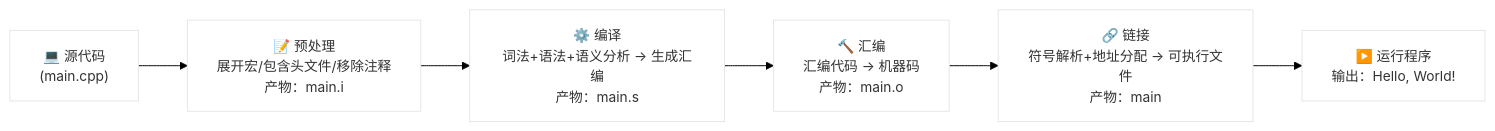
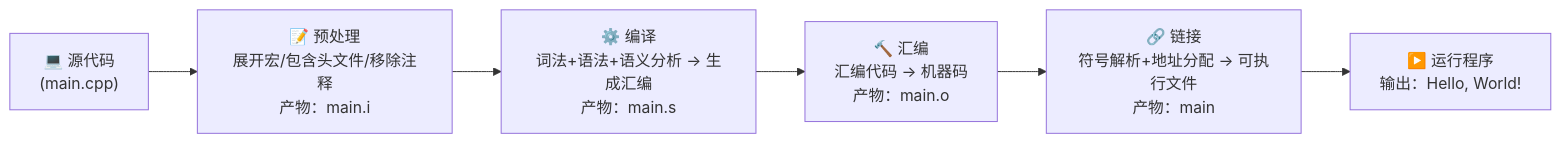
The diagram in src/docs/language/cpp/basic/src_to_exe.md (MorseWayne/Learning), drawn with Mermaid before and after one commit. The commit also changed 1 other file, not shown here.

Commit message:
feat: 更新开启评论区功能

````diff
--- a/src/docs/language/cpp/basic/src_to_exe.md
+++ b/src/docs/language/cpp/basic/src_to_exe.md
@@ -29,9 +29,8 @@
 ```mermaid
-%%{init: {'theme': 'base', 'themeVariables': { 'primaryColor': '#ffffff', 'lineColor': '#000000', 'fontSize': '14px', 'textColor': '#000000', 'background': '#ffffff'}}}%%
 flowchart LR
     A["💻 源代码<br>(main.cpp)"] --> B["📝 预处理<br>展开宏/包含头文件/移除注释<br>产物：main.i"]
     B --> C["⚙️ 编译<br>词法+语法+语义分析 → 生成汇编<br>产物：main.s"]
     C --> D["🔨 汇编<br>汇编代码 → 机器码<br>产物：main.o"]
     D --> E["🔗 链接<br>符号解析+地址分配 → 可执行文件<br>产物：main"]
     E --> F["▶️ 运行程序<br>输出：Hello, World!"]
 ```
````
